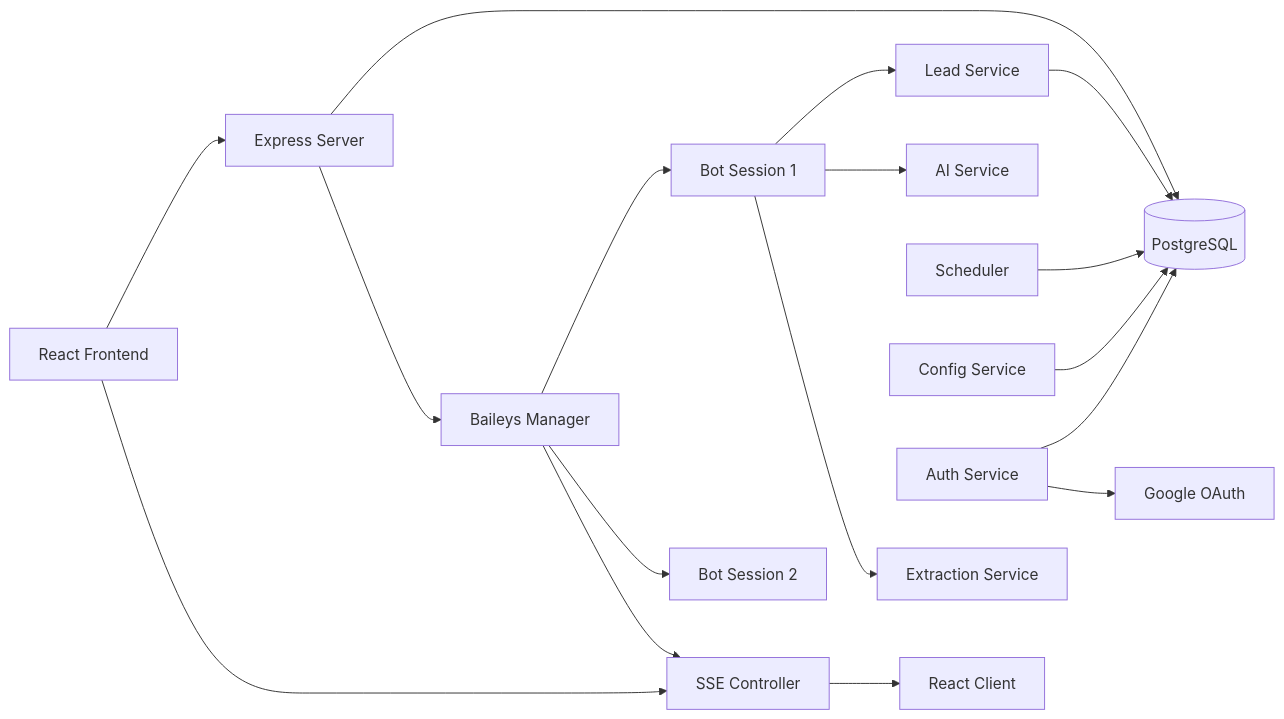
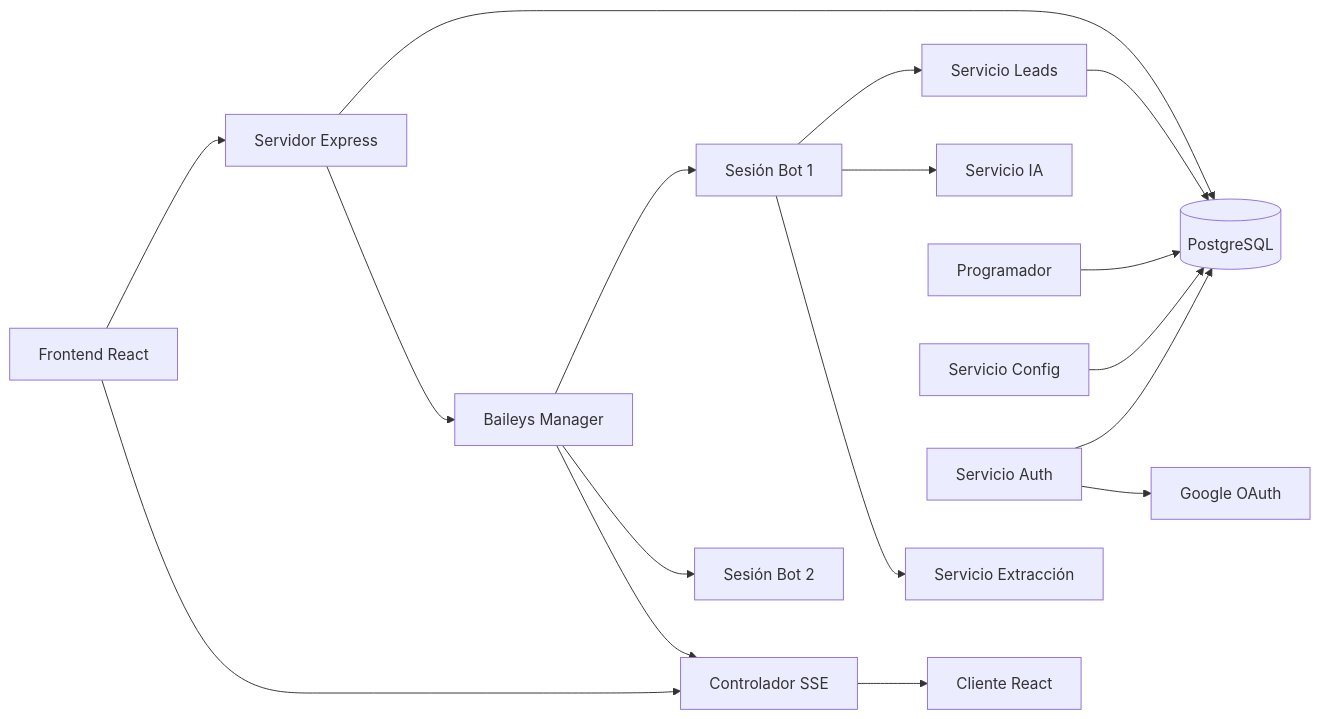
One commit to da4vid864/bots changed the second of 3 diagrams in docs/ARCHITECTURE.md. Above: the diagram before and after it, drawn with Mermaid. The commit also changed other lines of this file and 46 other files, not shown here.

````diff
--- a/docs/ARCHITECTURE.md
+++ b/docs/ARCHITECTURE.md
@@ -206,24 +208,24 @@
 ```mermaid
 graph LR
-    REACT[React Frontend] --> SERVER[Express Server]
-    REACT --> SSE[SSE Controller]
+    REACT[Frontend React] --> SERVER[Servidor Express]
+    REACT --> SSE[Controlador SSE]
     SERVER --> DB[(PostgreSQL)]
     SERVER --> BM[Baileys Manager]
     
-    BM --> BOT1[Bot Session 1]
-    BM --> BOT2[Bot Session 2]
+    BM --> BOT1[Sesión Bot 1]
+    BM --> BOT2[Sesión Bot 2]
     
-    BOT1 --> LEADDB[Lead Service]
-    BOT1 --> DEEPSEEK[AI Service]
-    BOT1 --> EXTRACT[Extraction Service]
+    BOT1 --> LEADDB[Servicio Leads]
+    BOT1 --> DEEPSEEK[Servicio IA]
+    BOT1 --> EXTRACT[Servicio Extracción]
     
     LEADDB --> DB
-    SCHED[Scheduler] --> DB
-    CONFIG[Config Service] --> DB
-    AUTH[Auth Service] --> DB
+    SCHED[Programador] --> DB
+    CONFIG[Servicio Config] --> DB
+    AUTH[Servicio Auth] --> DB
     
-    SSE --> REACT_CLIENT[React Client]
+    SSE --> REACT_CLIENT[Cliente React]
     BM --> SSE
     
     AUTH --> GOOGLE[Google OAuth]
 ```
````
